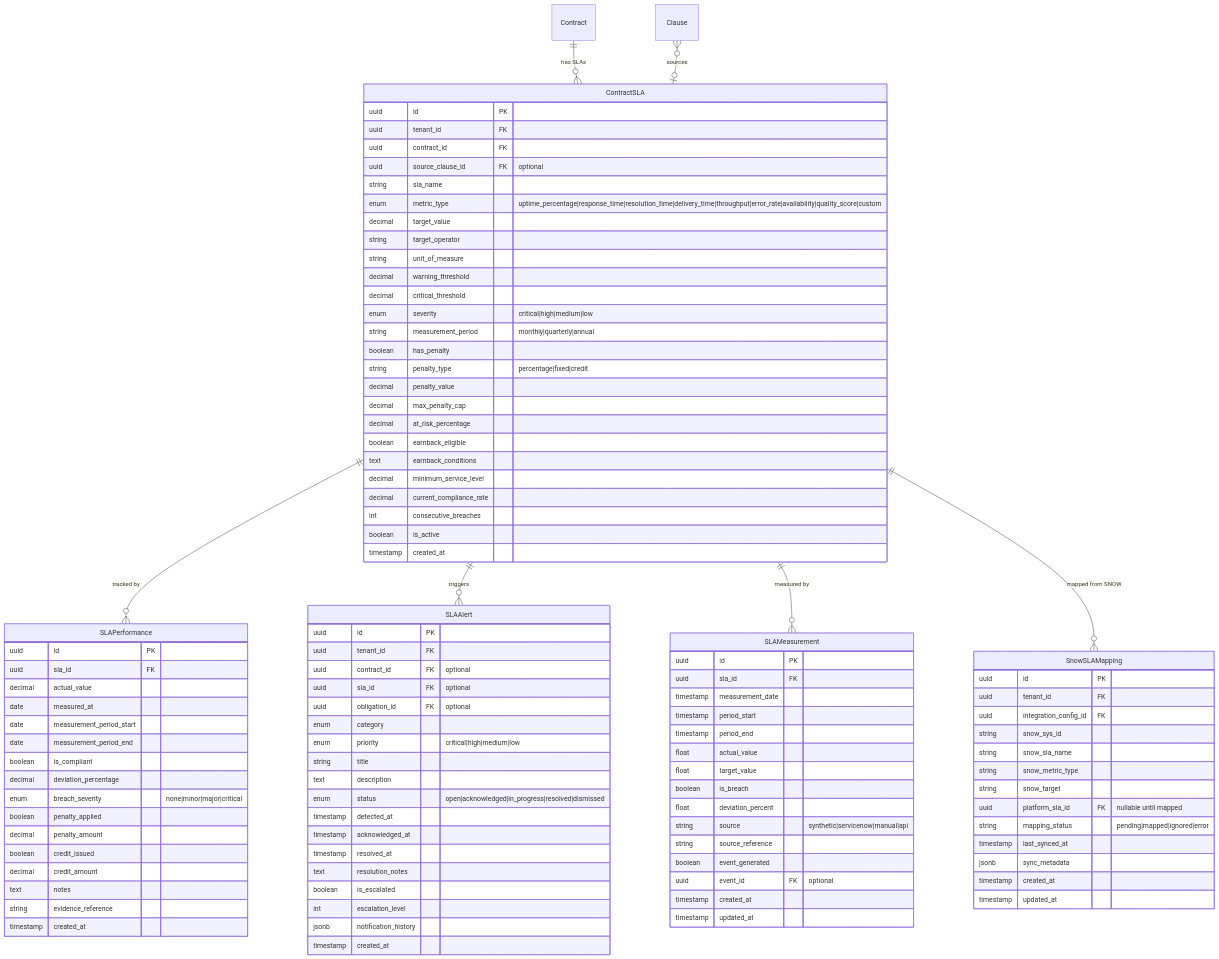
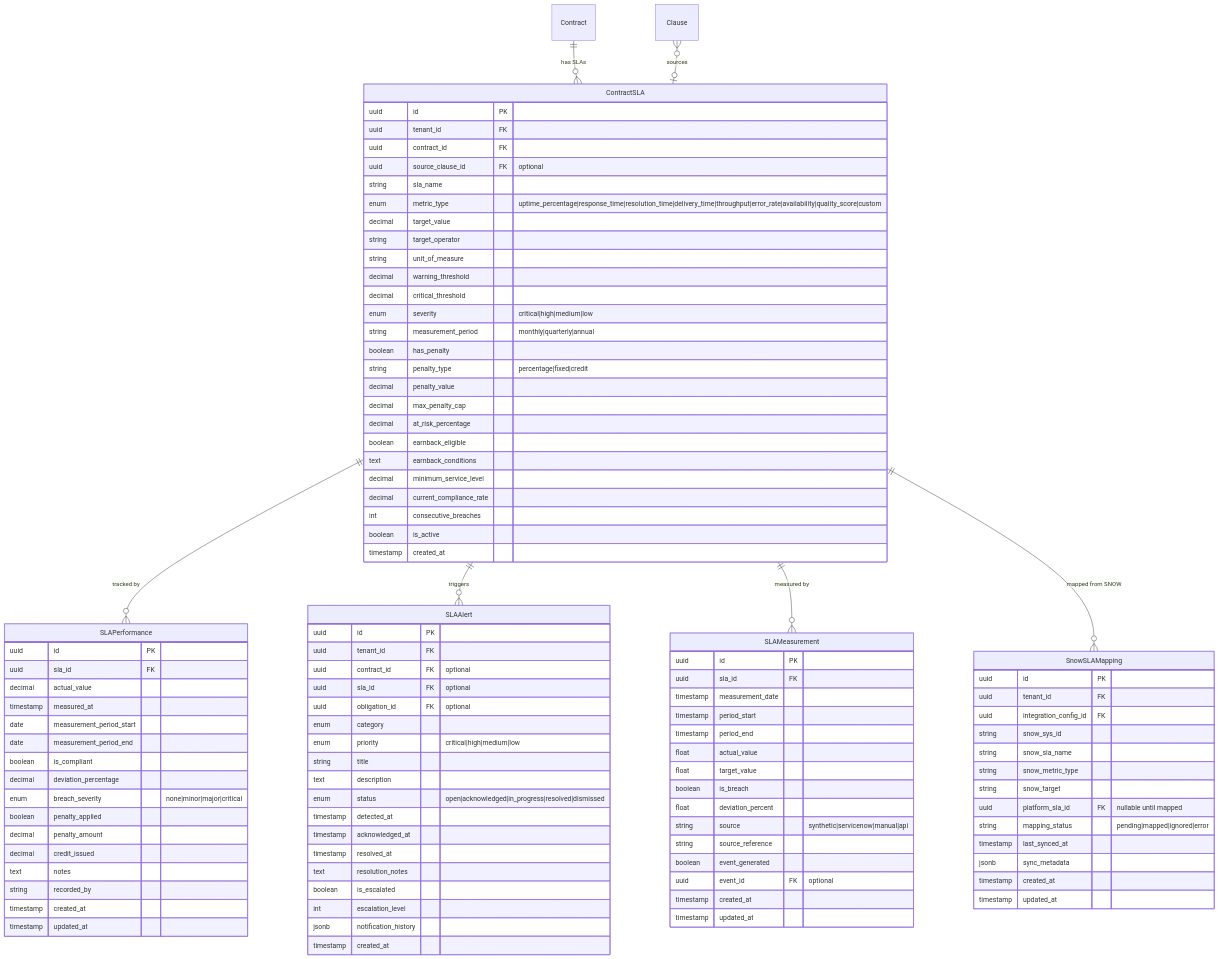
One commit to jjayarajdev/clm-evaluetor changed diagram 21 of 55 in docs/DATA_MODEL.md. Above: the diagram before and after it, drawn with Mermaid. The commit also changed other lines of this file and 79 other files, not shown here.

```diff
--- a/docs/DATA_MODEL.md
+++ b/docs/DATA_MODEL.md
@@ -888,7 +888,7 @@
         uuid id PK
         uuid sla_id FK
         decimal actual_value
-        date measured_at
+        timestamp measured_at
         date measurement_period_start
         date measurement_period_end
         boolean is_compliant
@@ -896,11 +896,11 @@
         enum breach_severity "none|minor|major|critical"
         boolean penalty_applied
         decimal penalty_amount
-        boolean credit_issued
-        decimal credit_amount
+        decimal credit_issued
         text notes
-        string evidence_reference
+        string recorded_by
         timestamp created_at
+        timestamp updated_at
     }
 
     SLAAlert {
```
